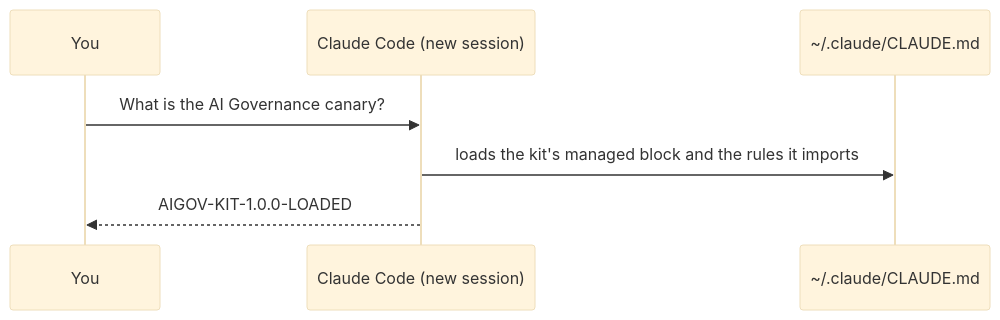
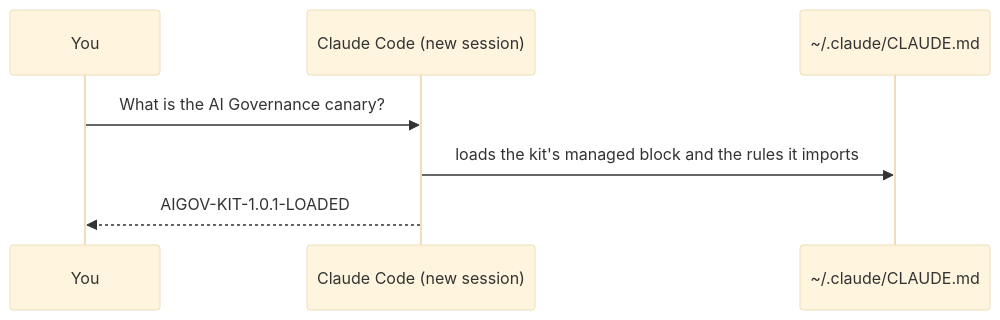
One commit to infodhorvath-sudo/AI-GOVERNANCE-STARTER-KIT changed the second of 2 diagrams in docs/INSTALLATION-GUIDE.md. Above: the diagram before and after it, drawn with Mermaid (base theme). The commit also changed other lines of this file and 13 other files, not shown here.

````diff
--- a/docs/INSTALLATION-GUIDE.md
+++ b/docs/INSTALLATION-GUIDE.md
@@ -99,9 +99,9 @@
 ```mermaid
 sequenceDiagram
   participant You
   participant Claude as Claude Code (new session)
   participant Cfg as ~/.claude/CLAUDE.md
   You->>Claude: What is the AI Governance canary?
   Claude->>Cfg: loads the kit's managed block and the rules it imports
-  Claude-->>You: AIGOV-KIT-1.0.0-LOADED
+  Claude-->>You: AIGOV-KIT-1.0.1-LOADED
 ```
````
